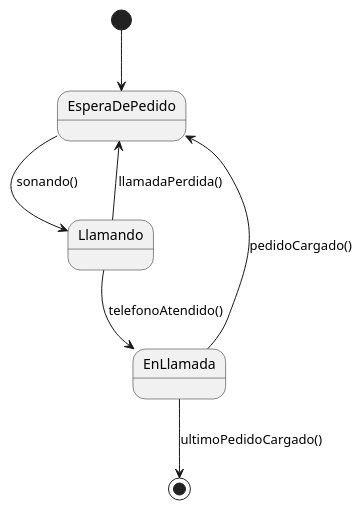
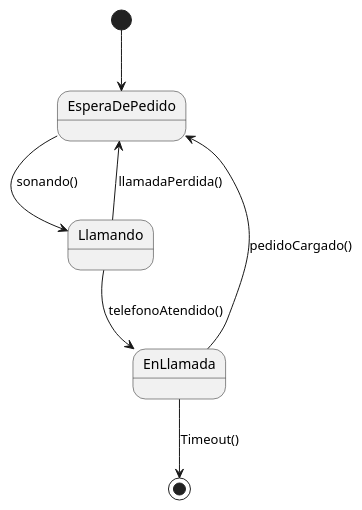
The diagram in TP-1/UML/telefono.puml (franciscolmos/PC-Ejercicios), drawn with PlantUML before and after one commit. The commit also changed 12 other files, not shown here.

```diff
--- a/TP-1/UML/telefono.puml
+++ b/TP-1/UML/telefono.puml
@@ -1,8 +1,8 @@
 @startuml Telefono
     [*] --> EsperaDePedido
     EsperaDePedido --> Llamando : sonando()
     Llamando --> EnLlamada: telefonoAtendido()
     Llamando --> EsperaDePedido: llamadaPerdida()
     EnLlamada --> EsperaDePedido : pedidoCargado()
-    EnLlamada --> [*] : ultimoPedidoCargado()
+    EnLlamada --> [*] : Timeout()
 @endumlx
```
